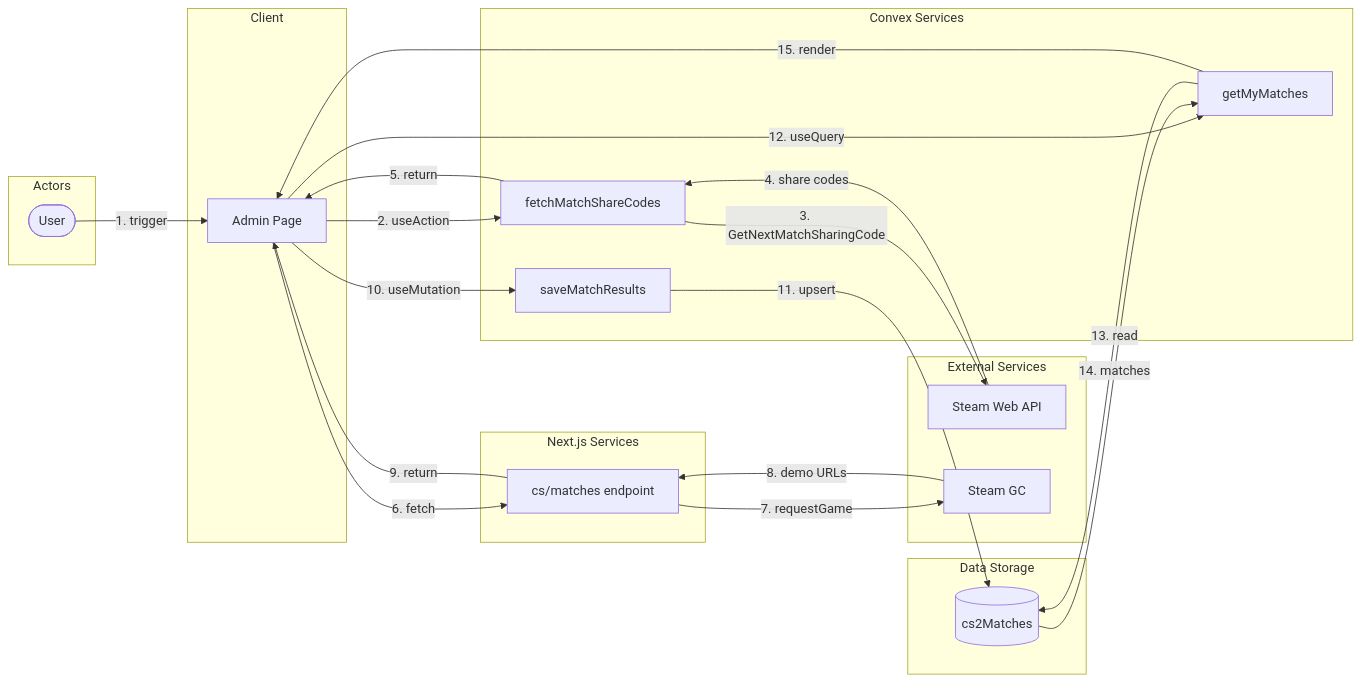
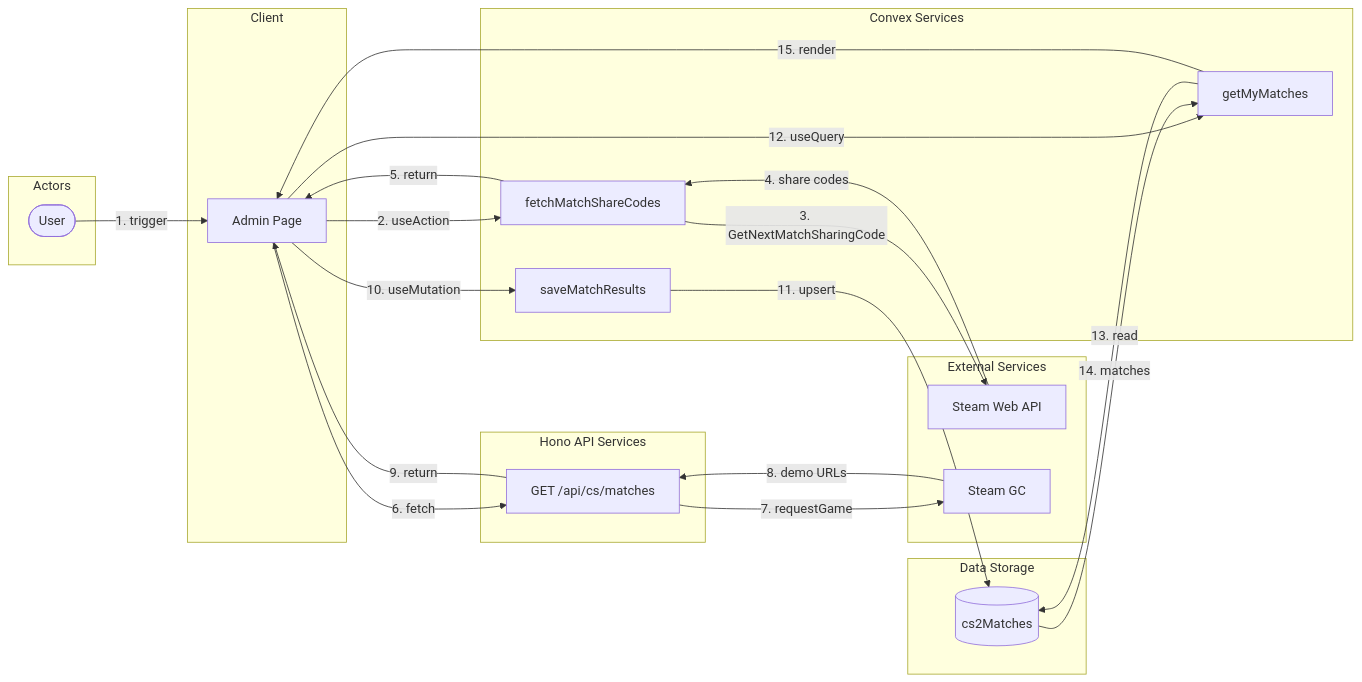
Diagram 19 of 25 in README.md (CarlosBueno99/bueno), drawn with Mermaid before and after one commit. The commit also changed other lines of this file and 31 other files, not shown here.

````diff
--- a/README.md
+++ b/README.md
@@ -923,45 +963,45 @@
 ```mermaid
 flowchart LR
     subgraph Actors
         User([User])
     end
 
     subgraph Client
         Admin[Admin Page]
     end
 
     subgraph ConvexSvc [Convex Services]
         FetchAction[fetchMatchShareCodes]
         SaveMutation[saveMatchResults]
         MatchQuery[getMyMatches]
     end
 
-    subgraph NextJSSvc [Next.js Services]
-        MatchAPI[cs/matches endpoint]
+    subgraph HonoSvc [Hono API Services]
+        MatchAPI[GET /api/cs/matches]
     end
 
     subgraph ExternalSvc [External Services]
         SteamWeb[Steam Web API]
         SteamGC[Steam GC]
     end
 
     subgraph Storage [Data Storage]
         DB[(cs2Matches)]
     end
 
     User -->|1. trigger| Admin
     Admin -->|2. useAction| FetchAction
     FetchAction -->|3. GetNextMatchSharingCode| SteamWeb
     SteamWeb -->|4. share codes| FetchAction
     FetchAction -->|5. return| Admin
     Admin -->|6. fetch| MatchAPI
     MatchAPI -->|7. requestGame| SteamGC
     SteamGC -->|8. demo URLs| MatchAPI
     MatchAPI -->|9. return| Admin
     Admin -->|10. useMutation| SaveMutation
     SaveMutation -->|11. upsert| DB
     Admin -->|12. useQuery| MatchQuery
     MatchQuery -->|13. read| DB
     DB -->|14. matches| MatchQuery
     MatchQuery -->|15. render| Admin
 ```
````
